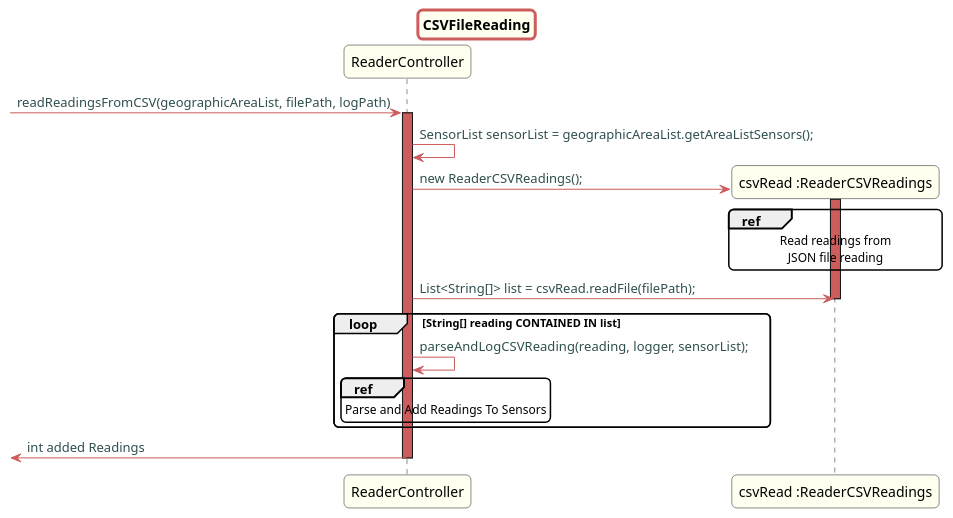
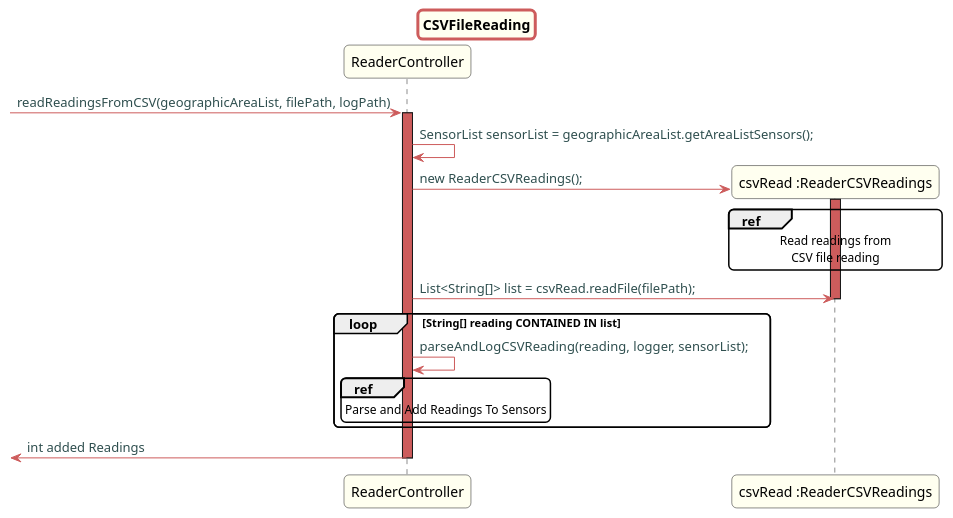
Before and after one commit to Almadanmp/project: the diagram in src/doc/Controllers/HouseConfiguration/US20v2/CSV/CSVFileReading.puml, drawn with PlantUML. The commit also changed 3 other files, not shown here.

```diff
--- a/src/doc/Controllers/HouseConfiguration/US20v2/CSV/CSVFileReading.puml
+++ b/src/doc/Controllers/HouseConfiguration/US20v2/CSV/CSVFileReading.puml
@@ -1,56 +1,56 @@
 @startuml
 
 skinparam titleBorderRoundCorner 10
 skinparam titleBorderThickness 3
 skinparam titleBorderColor indianred
 skinparam titleBackgroundColor ivory
 skinparam FontName quicksand
 
 skinparam actor {
   BorderColor indianred
   }
 
 skinparam sequence {
   LifeLineBackgroundColor indianred
   ParticipantBackgroundColor ivory
 }
 
 skinparam roundcorner 10
 
 skinparam component {
   arrowThickness 1
   ArrowFontName Verdana
   ArrowColor indianred
   ArrowFontColor darkslategrey
 }
 
 
 
 title CSVFileReading
 -> ReaderController: readReadingsFromCSV(geographicAreaList, filePath, logPath)
 activate ReaderController
 
 ReaderController -> ReaderController: SensorList sensorList = geographicAreaList.getAreaListSensors();
 create "csvRead :ReaderCSVReadings"
 ReaderController -> "csvRead :ReaderCSVReadings": new ReaderCSVReadings();
 activate "csvRead :ReaderCSVReadings"
 ref over "csvRead :ReaderCSVReadings"
 Read readings from
-JSON file reading
+CSV file reading
 end ref
 ReaderController -> "csvRead :ReaderCSVReadings": List<String[]> list = csvRead.readFile(filePath);
 
 deactivate "csvRead :ReaderCSVReadings"
 
 loop  String[] reading CONTAINED IN list
 ReaderController -> ReaderController: parseAndLogCSVReading(reading, logger, sensorList);
 ref over ReaderController
 Parse and Add Readings To Sensors
 end ref
 
 end
 
 <- ReaderController: int added Readings
 deactivate "ReaderController"
 
 @enduml
```
